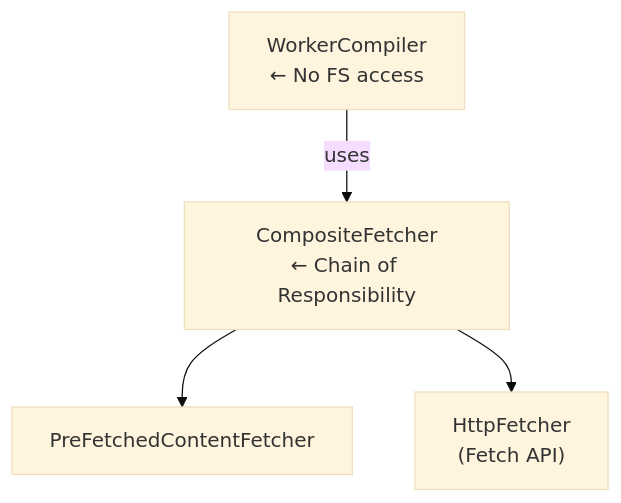
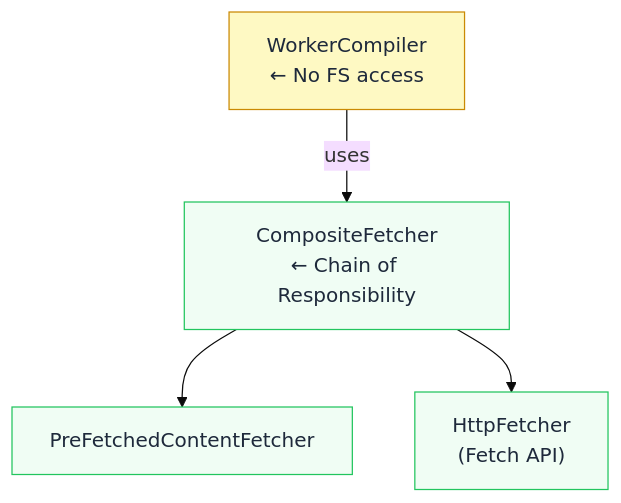
One commit to jaypatrick/adblock-compiler changed the fifth of 19 diagrams in docs/development/ARCHITECTURE.md. Above: the diagram before and after it, drawn with Mermaid (base theme). The commit also changed other lines of this file, not shown here.

Commit message:
docs: update ARCHITECTURE.md with current architecture and color-coded diagrams

````diff
--- a/docs/development/ARCHITECTURE.md
+++ b/docs/development/ARCHITECTURE.md
@@ -168,7 +220,9 @@
 ```mermaid
 flowchart TD
-    WC["WorkerCompiler\n← No FS access"]
-    WC -->|uses| CF["CompositeFetcher\n← Chain of Responsibility"]
-    CF --> PFCF["PreFetchedContentFetcher"]
-    CF --> HF["HttpFetcher\n(Fetch API)"]
+    classDef core fill:#fef9c3,stroke:#ca8a04,color:#1e293b
+    classDef module fill:#f0fdf4,stroke:#22c55e,color:#1e293b
+    WC["WorkerCompiler\n← No FS access"]:::core
+    WC -->|uses| CF["CompositeFetcher\n← Chain of Responsibility"]:::module
+    CF --> PFCF["PreFetchedContentFetcher"]:::module
+    CF --> HF["HttpFetcher\n(Fetch API)"]:::module
 ```
````
